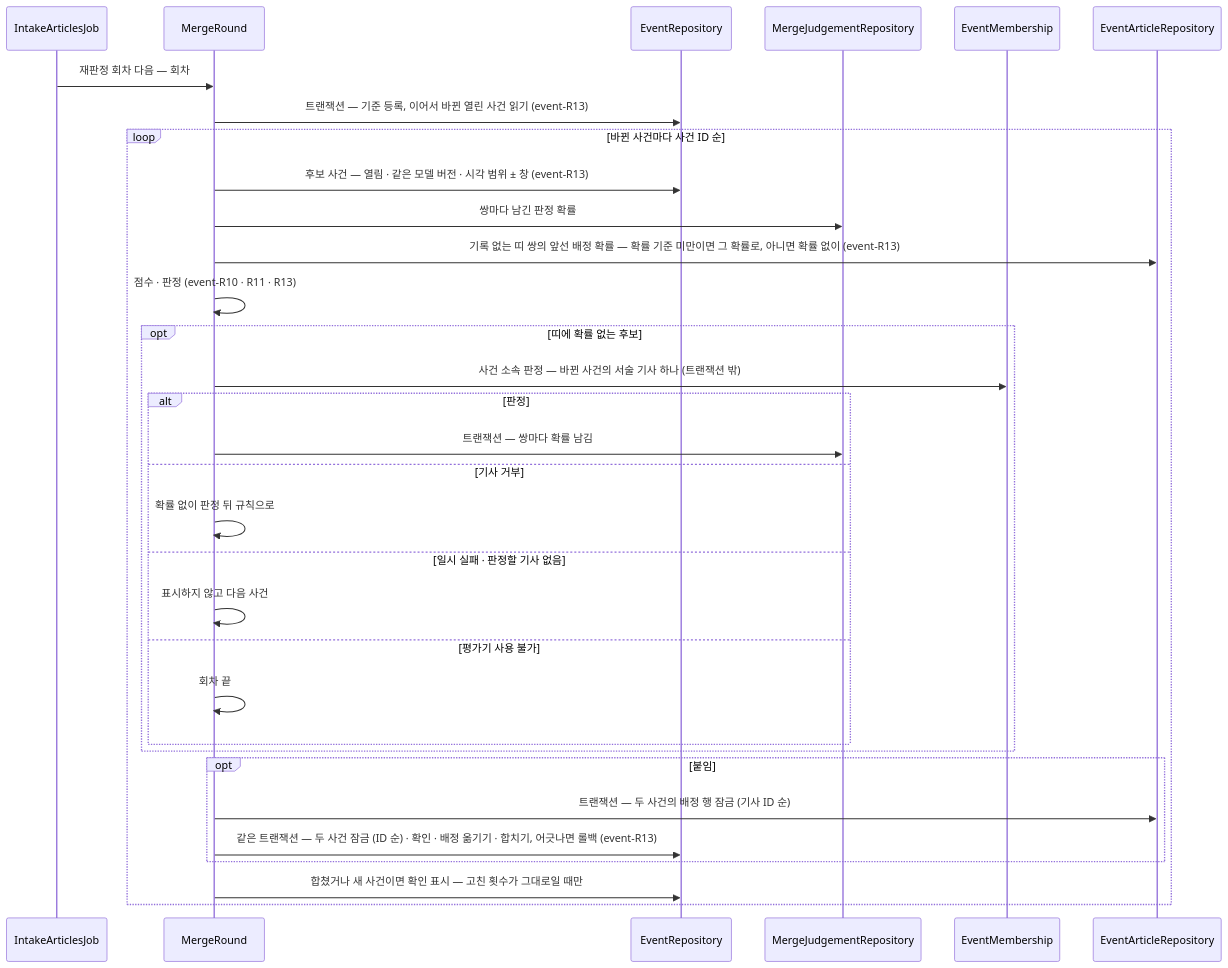
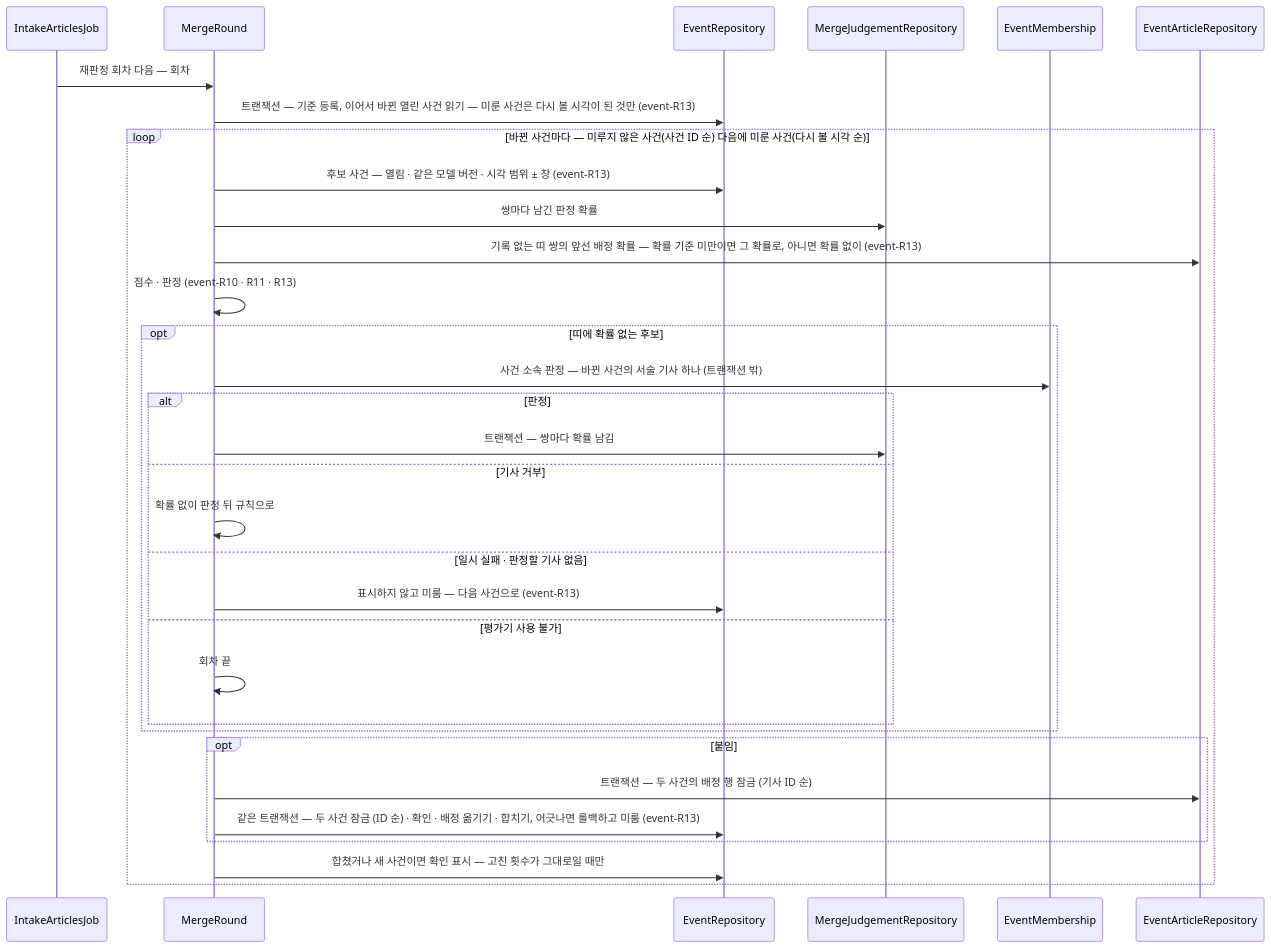
The third of 3 diagrams in docs/specs/event.md (Theia0382/yozm-news), drawn with Mermaid before and after one commit. The commit also changed other lines of this file and 10 other files, not shown here.

````diff
--- a/docs/specs/event.md
+++ b/docs/specs/event.md
@@ -374,35 +375,35 @@
 ```mermaid
 sequenceDiagram
     participant J as IntakeArticlesJob
     participant R as MergeRound
     participant V as EventRepository
     participant G as MergeJudgementRepository
     participant M as EventMembership
     participant B as EventArticleRepository
 
     J->>R: 재판정 회차 다음 — 회차
-    R->>V: 트랜잭션 — 기준 등록, 이어서 바뀐 열린 사건 읽기 (event-R13)
-    loop 바뀐 사건마다 사건 ID 순
+    R->>V: 트랜잭션 — 기준 등록, 이어서 바뀐 열린 사건 읽기 — 미룬 사건은 다시 볼 시각이 된 것만 (event-R13)
+    loop 바뀐 사건마다 — 미루지 않은 사건(사건 ID 순) 다음에 미룬 사건(다시 볼 시각 순)
         R->>V: 후보 사건 — 열림 · 같은 모델 버전 · 시각 범위 ± 창 (event-R13)
         R->>G: 쌍마다 남긴 판정 확률
         R->>B: 기록 없는 띠 쌍의 앞선 배정 확률 — 확률 기준 미만이면 그 확률로, 아니면 확률 없이 (event-R13)
         R->>R: 점수 · 판정 (event-R10 · R11 · R13)
         opt 띠에 확률 없는 후보
             R->>M: 사건 소속 판정 — 바뀐 사건의 서술 기사 하나 (트랜잭션 밖)
             alt 판정
                 R->>G: 트랜잭션 — 쌍마다 확률 남김
             else 기사 거부
                 R->>R: 확률 없이 판정 뒤 규칙으로
             else 일시 실패 · 판정할 기사 없음
-                R->>R: 표시하지 않고 다음 사건
+                R->>V: 표시하지 않고 미룸 — 다음 사건으로 (event-R13)
             else 평가기 사용 불가
                 R->>R: 회차 끝
             end
         end
         opt 붙임
             R->>B: 트랜잭션 — 두 사건의 배정 행 잠금 (기사 ID 순)
-            R->>V: 같은 트랜잭션 — 두 사건 잠금 (ID 순) · 확인 · 배정 옮기기 · 합치기, 어긋나면 롤백 (event-R13)
+            R->>V: 같은 트랜잭션 — 두 사건 잠금 (ID 순) · 확인 · 배정 옮기기 · 합치기, 어긋나면 롤백하고 미룸 (event-R13)
         end
         R->>V: 합쳤거나 새 사건이면 확인 표시 — 고친 횟수가 그대로일 때만
     end
 ```
````
